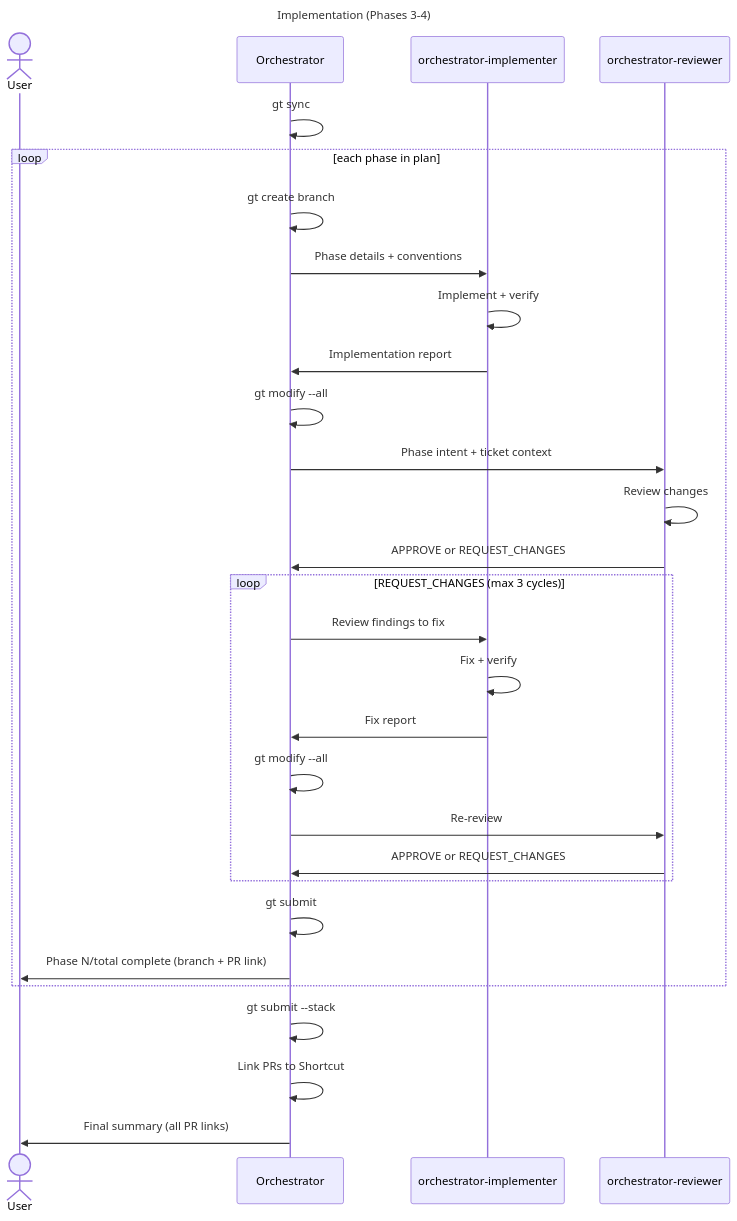
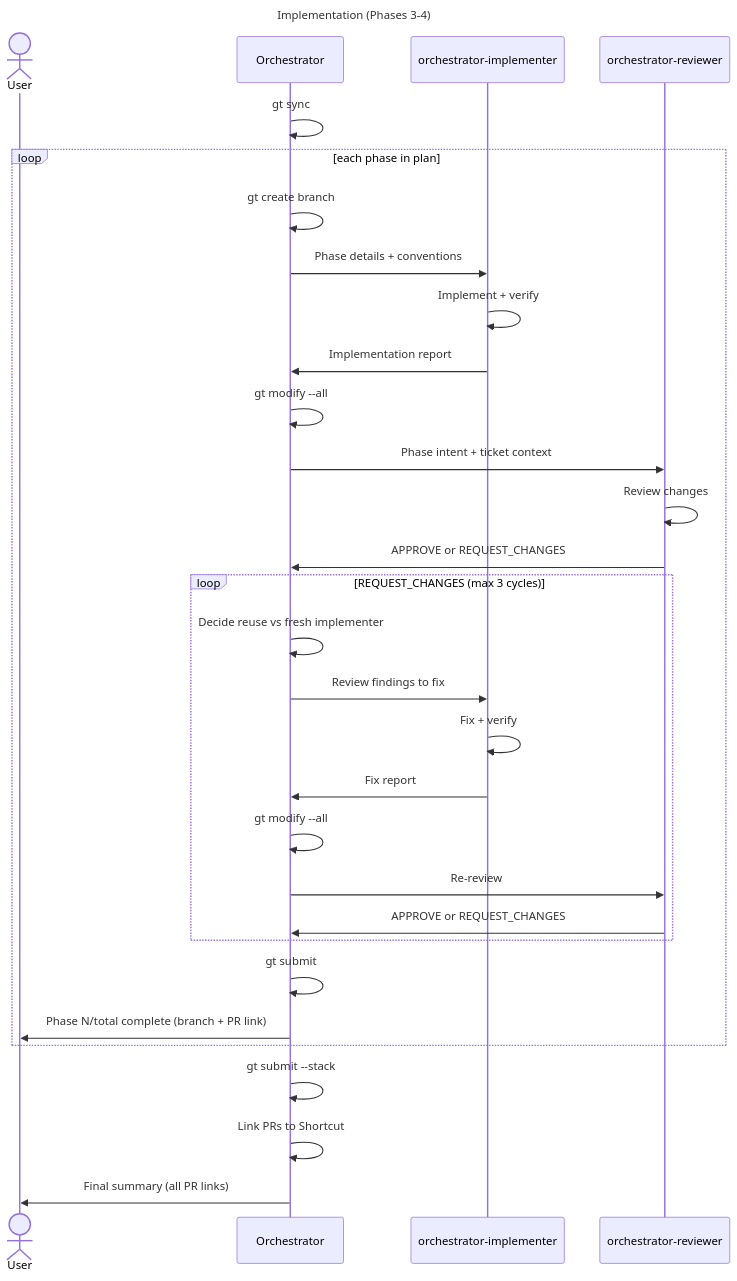
The second of 2 diagrams in agents/docs.md (mlawd/dotfiles), drawn with Mermaid before and after one commit. The commit also changed other lines of this file and 1 other file, not shown here.

Commit message:
chore: better implement reuse

````diff
--- a/agents/docs.md
+++ b/agents/docs.md
@@ -84,39 +84,40 @@
 ```mermaid
 ---
 title: Implementation (Phases 3-4)
 ---
 
 sequenceDiagram
     actor u as User
     participant o as Orchestrator
     participant i as orchestrator-implementer
     participant r as orchestrator-reviewer
 
     o ->> o: gt sync
     loop each phase in plan
         o ->> o: gt create branch
         o ->> i: Phase details + conventions
         i ->> i: Implement + verify
         i ->> o: Implementation report
         o ->> o: gt modify --all
         o ->> r: Phase intent + ticket context
         r ->> r: Review changes
         r ->> o: APPROVE or REQUEST_CHANGES
 
         loop REQUEST_CHANGES (max 3 cycles)
+            o ->> o: Decide reuse vs fresh implementer
             o ->> i: Review findings to fix
             i ->> i: Fix + verify
             i ->> o: Fix report
             o ->> o: gt modify --all
             o ->> r: Re-review
             r ->> o: APPROVE or REQUEST_CHANGES
         end
 
         o ->> o: gt submit
         o ->> u: Phase N/total complete (branch + PR link)
     end
 
     o ->> o: gt submit --stack
     o ->> o: Link PRs to Shortcut
     o ->> u: Final summary (all PR links)
 ```
````
